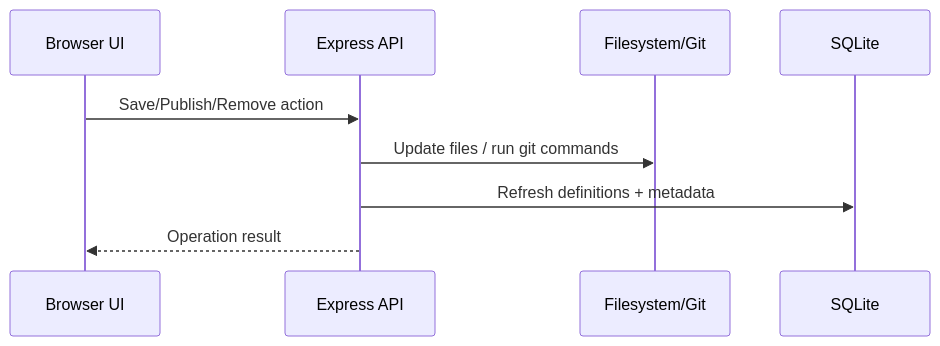
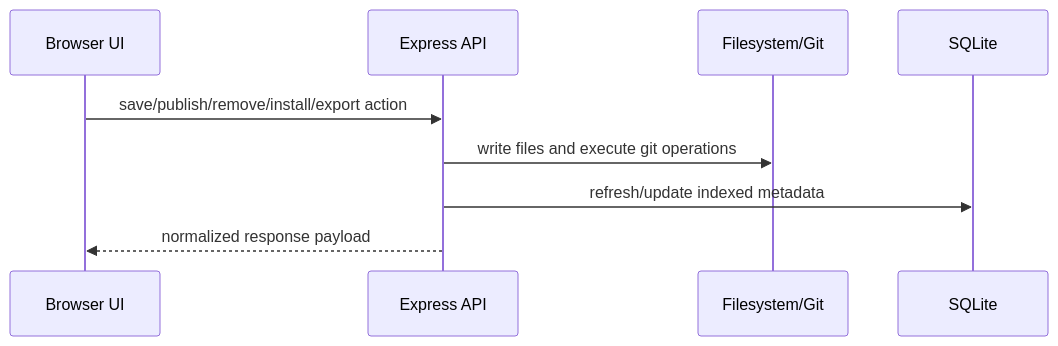
The second of 2 diagrams in docs/architecture.md (shaybc/dcc), drawn with Mermaid before and after one commit. The commit also changed other lines of this file, not shown here.

Commit message:
docs: refresh architecture overview to match current codebase

````diff
--- a/docs/architecture.md
+++ b/docs/architecture.md
@@ -65,12 +117,12 @@
 ```mermaid
 sequenceDiagram
   participant UI as Browser UI
   participant API as Express API
   participant FS as Filesystem/Git
   participant DB as SQLite
 
-  UI->>API: Save/Publish/Remove action
-  API->>FS: Update files / run git commands
-  API->>DB: Refresh definitions + metadata
-  API-->>UI: Operation result
+  UI->>API: save/publish/remove/install/export action
+  API->>FS: write files and execute git operations
+  API->>DB: refresh/update indexed metadata
+  API-->>UI: normalized response payload
 ```
````
